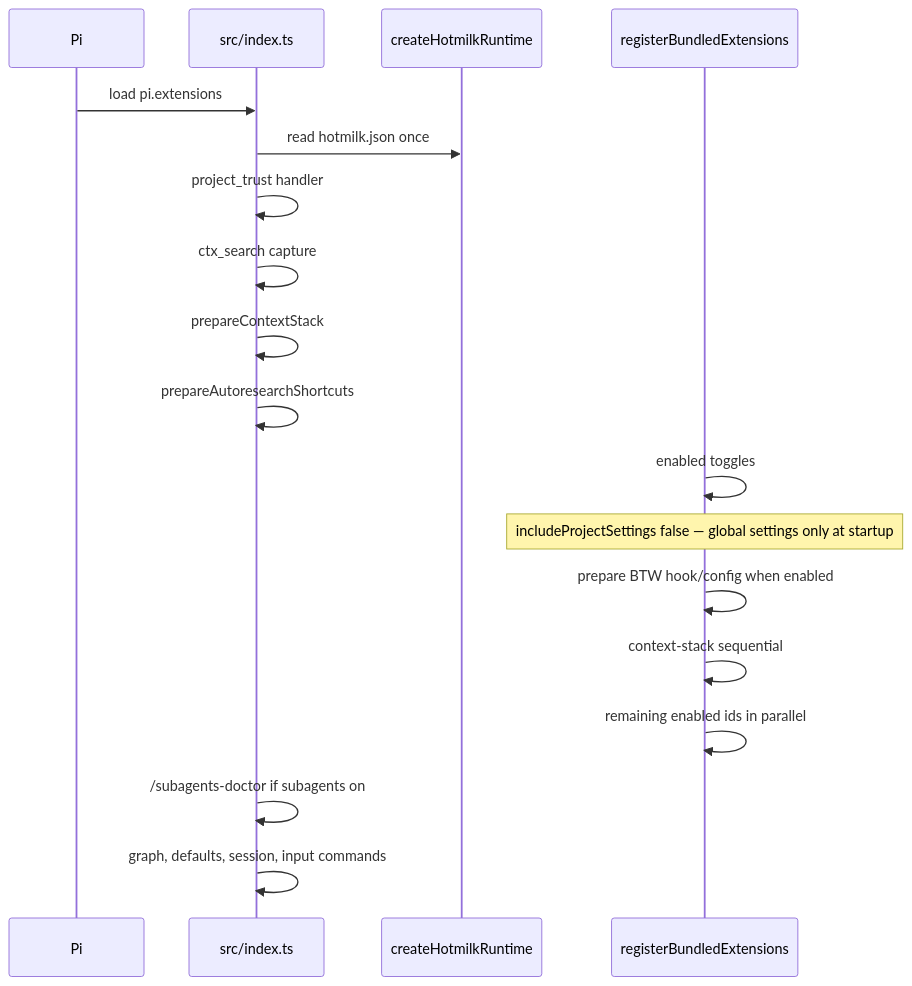
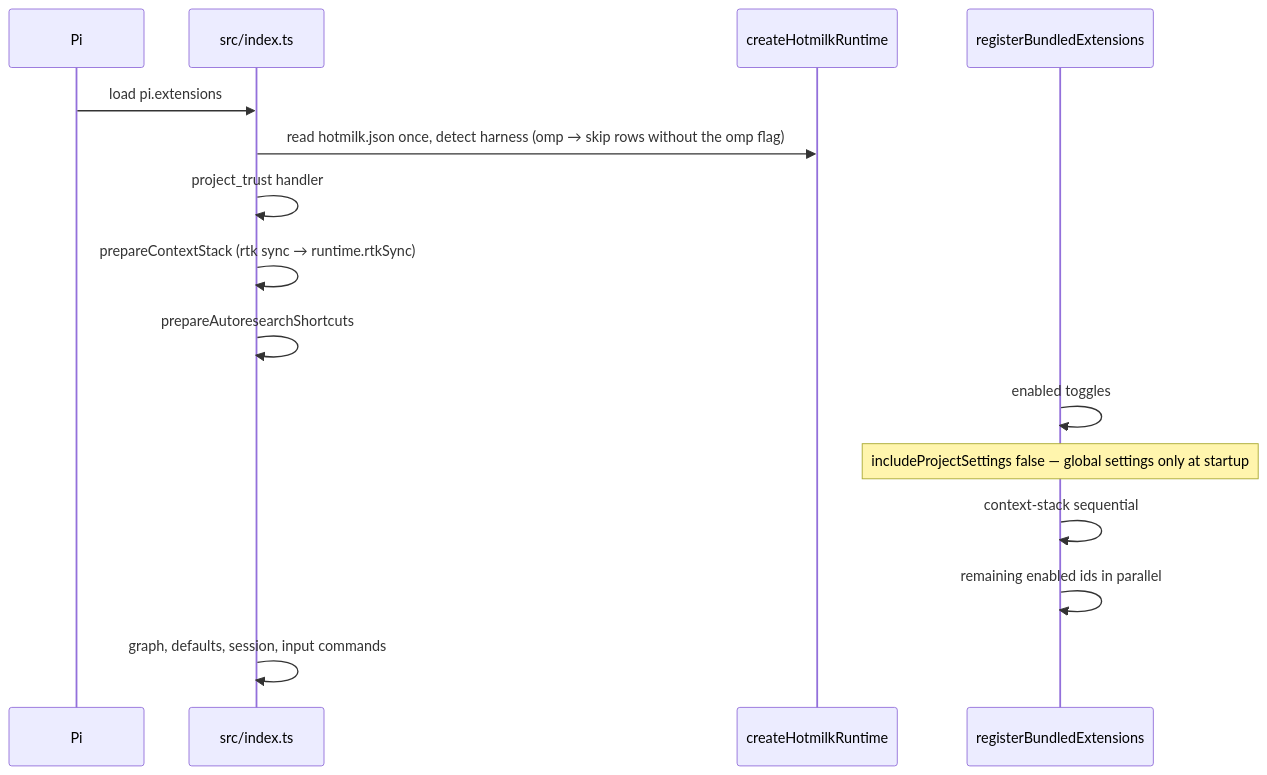
The first of 3 diagrams in docs/architecture.md (dayjobdoor/hotmilk), drawn with Mermaid before and after one commit. The commit also changed other lines of this file and 84 other files, not shown here.

````diff
--- a/docs/architecture.md
+++ b/docs/architecture.md
@@ -19,20 +21,17 @@
 ```mermaid
 sequenceDiagram
   participant Pi
   participant Index as src/index.ts
   participant Runtime as createHotmilkRuntime
   participant Ext as registerBundledExtensions
   Pi->>Index: load pi.extensions
-  Index->>Runtime: read hotmilk.json once
+  Index->>Runtime: read hotmilk.json once, detect harness (omp → skip rows without the omp flag)
   Index->>Index: project_trust handler
-  Index->>Index: ctx_search capture
-  Index->>Index: prepareContextStack
+  Index->>Index: prepareContextStack (rtk sync → runtime.rtkSync)
   Index->>Index: prepareAutoresearchShortcuts
   Ext->>Ext: enabled toggles
   Note over Ext: includeProjectSettings false — global settings only at startup
-  Ext->>Ext: prepare BTW hook/config when enabled
   Ext->>Ext: context-stack sequential
   Ext->>Ext: remaining enabled ids in parallel
-  Index->>Index: /subagents-doctor if subagents on
   Index->>Index: graph, defaults, session, input commands
 ```
````
